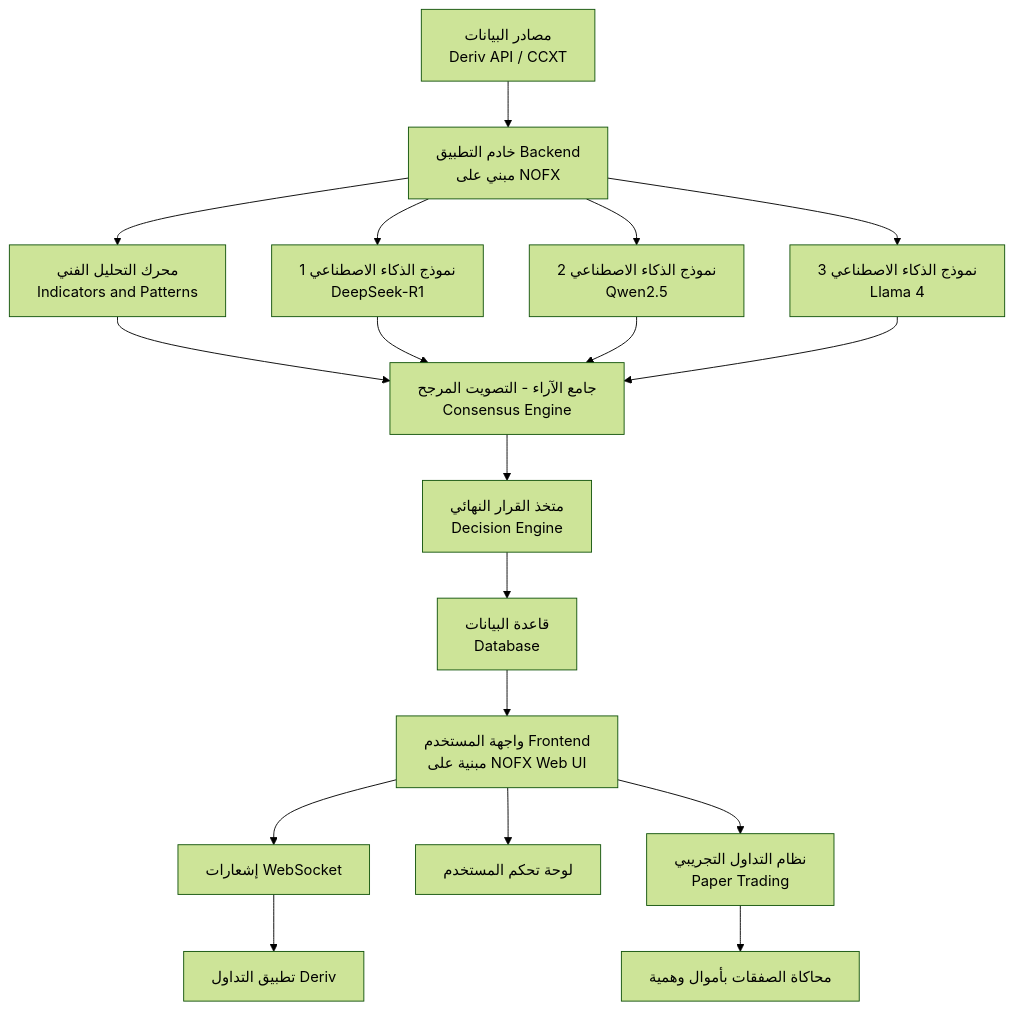
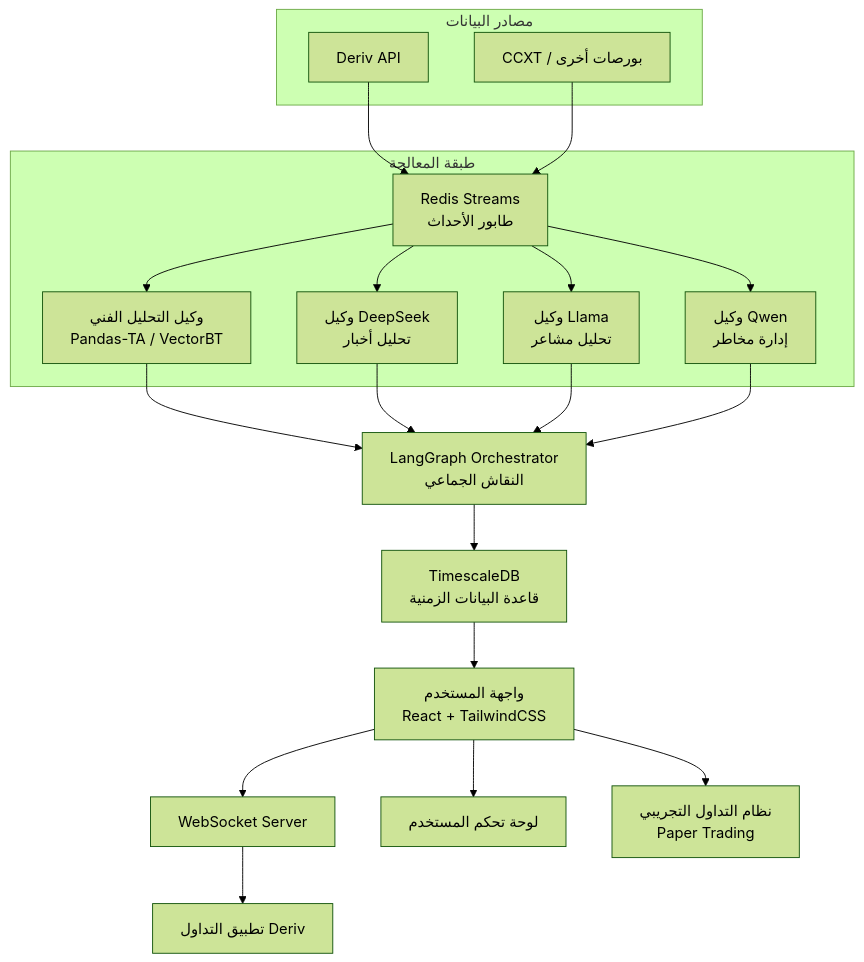
Before and after one commit to saud552/KhayaL-Al-Trade: the first of 2 diagrams in README.md, drawn with Mermaid (forest theme). The commit also changed other lines of this file, not shown here.

````diff
--- a/README.md
+++ b/README.md
@@ -59,20 +65,28 @@
 ```mermaid
 graph TD
-    A[مصادر البيانات<br>Deriv API / CCXT] --> B[خادم التطبيق Backend<br>مبني على NOFX]
-    B --> C[محرك التحليل الفني<br>Indicators and Patterns]
-    B --> D[نموذج الذكاء الاصطناعي 1<br>DeepSeek-R1]
-    B --> E[نموذج الذكاء الاصطناعي 2<br>Qwen2.5]
-    B --> F[نموذج الذكاء الاصطناعي 3<br>Llama 4]
-    C --> G[جامع الآراء - التصويت المرجح<br>Consensus Engine]
-    D --> G
-    E --> G
-    F --> G
-    G --> H[متخذ القرار النهائي<br>Decision Engine]
-    H --> I[قاعدة البيانات<br>Database]
-    I --> J[واجهة المستخدم Frontend<br>مبنية على NOFX Web UI]
-    J --> K[إشعارات WebSocket]
-    K --> L[تطبيق التداول Deriv]
-    J --> M[لوحة تحكم المستخدم]
-    J --> N[نظام التداول التجريبي<br>Paper Trading]
-    N --> O[محاكاة الصفقات بأموال وهمية]
+    subgraph "مصادر البيانات"
+        A1[Deriv API]
+        A2[CCXT / بورصات أخرى]
+    end
+    A1 --> B[Redis Streams<br>طابور الأحداث]
+    A2 --> B
+
+    subgraph "طبقة المعالجة"
+        B --> C1[وكيل التحليل الفني<br>Pandas-TA / VectorBT]
+        B --> C2[وكيل DeepSeek<br>تحليل أخبار]
+        B --> C3[وكيل Llama<br>تحليل مشاعر]
+        B --> C4[وكيل Qwen<br>إدارة مخاطر]
+    end
+
+    C1 --> D[LangGraph Orchestrator<br>النقاش الجماعي]
+    C2 --> D
+    C3 --> D
+    C4 --> D
+
+    D --> E[TimescaleDB<br>قاعدة البيانات الزمنية]
+    E --> F[واجهة المستخدم<br>React + TailwindCSS]
+    F --> G[WebSocket Server]
+    G --> H[تطبيق التداول Deriv]
+    F --> I[لوحة تحكم المستخدم]
+    F --> J[نظام التداول التجريبي<br>Paper Trading]
 ```
````
